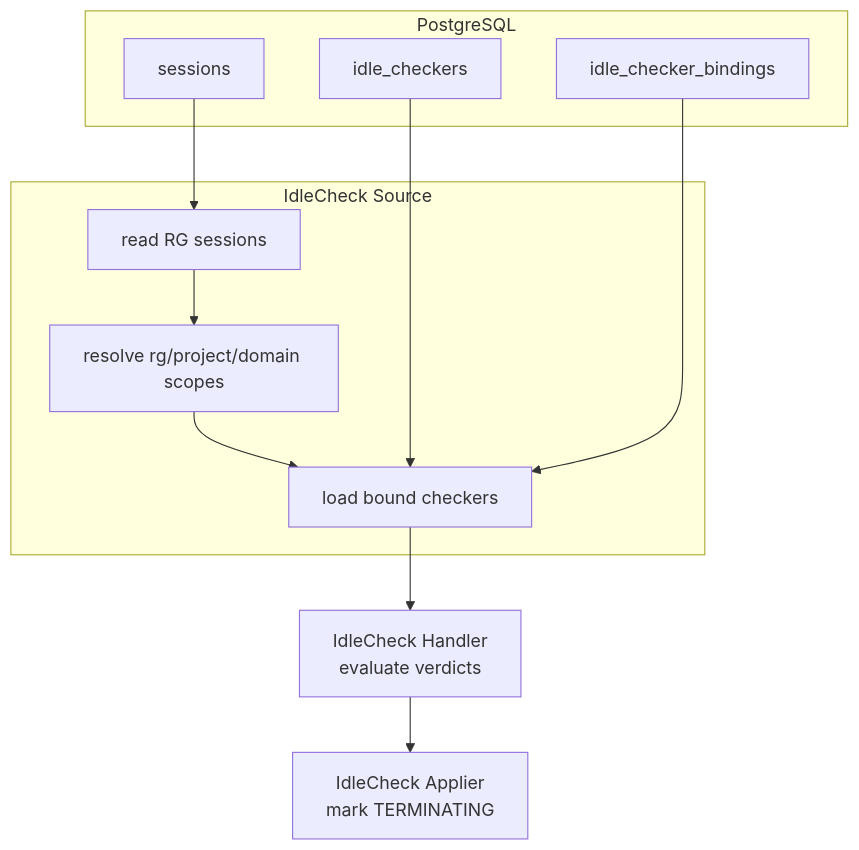
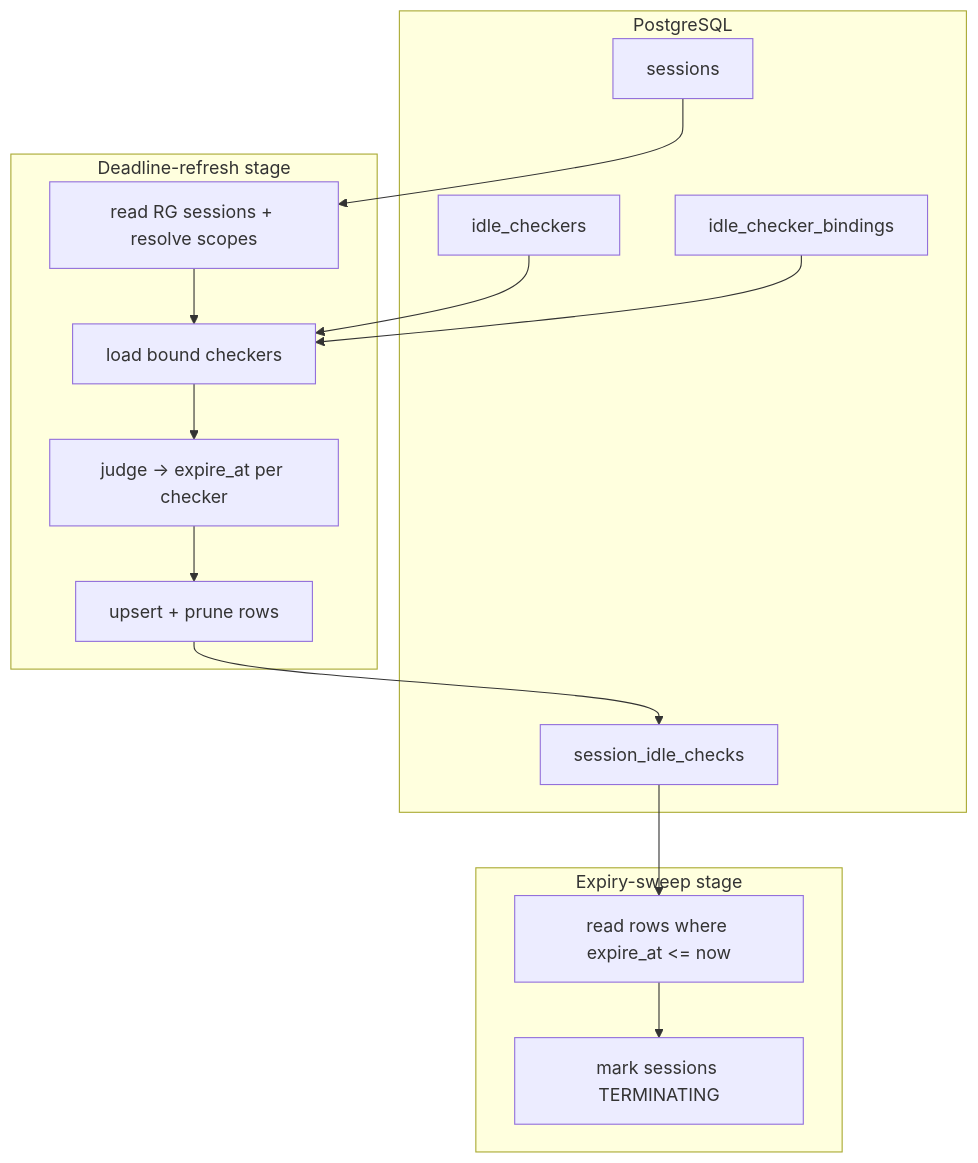
One commit to lablup/backend.ai changed the second of 2 diagrams in proposals/BEP-1054-reconciler-based-idle-checker.md. Above: the diagram before and after it, drawn with Mermaid. The commit also changed other lines of this file, not shown here.

First line of the commit message:
docs(BA-6908): update BEP-1054 with DB-backed idle deadlines and refresh/sweep split

````diff
--- a/proposals/BEP-1054-reconciler-based-idle-checker.md
+++ b/proposals/BEP-1054-reconciler-based-idle-checker.md
@@ -241,23 +288,27 @@
 ```mermaid
 flowchart TB
     subgraph DB[PostgreSQL]
         Sessions[sessions]
         Checkers[idle_checkers]
         Bindings[idle_checker_bindings]
+        Deadlines[session_idle_checks]
     end
 
-    subgraph Source[IdleCheck Source]
-        ReadSessions[read RG sessions]
-        ResolveScopes[resolve rg/project/domain scopes]
+    subgraph Refresh[Deadline-refresh stage]
+        ReadSessions[read RG sessions + resolve scopes]
         LoadCheckers[load bound checkers]
+        Judge[judge -> expire_at per checker]
+        Upsert[upsert + prune rows]
     end
 
-    Handler[IdleCheck Handler<br/>evaluate verdicts]
-    Applier[IdleCheck Applier<br/>mark TERMINATING]
+    subgraph Sweep[Expiry-sweep stage]
+        ReadDue[read rows where expire_at <= now]
+        Mark[mark sessions TERMINATING]
+    end
 
-    Sessions --> ReadSessions --> ResolveScopes --> LoadCheckers
+    Sessions --> ReadSessions --> LoadCheckers
     Checkers --> LoadCheckers
     Bindings --> LoadCheckers
-    LoadCheckers --> Handler
-    Handler --> Applier
+    LoadCheckers --> Judge --> Upsert --> Deadlines
+    Deadlines --> ReadDue --> Mark
 ```
````
